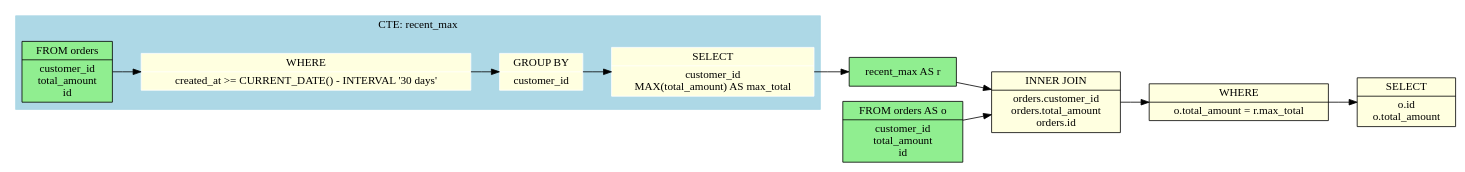
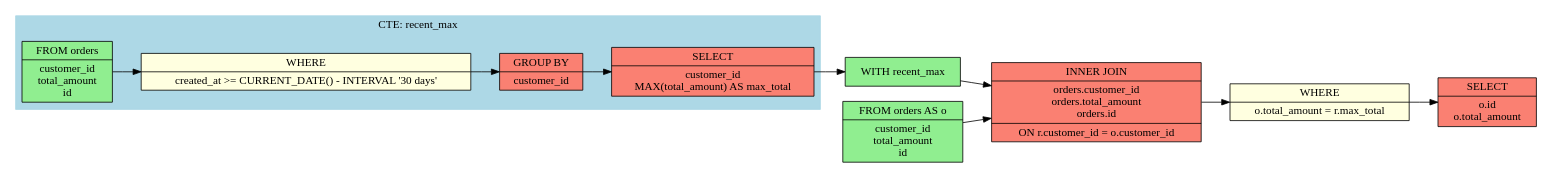
One commit to rot1024/sqloflow changed the diagram in examples/cte_with_join.dot. Above: the diagram before and after it, drawn with Graphviz. The commit also changed 76 other files, not shown here.

Commit message:
feat: improve expression format, join node, column names

```diff
--- a/examples/cte_with_join.dot
+++ b/examples/cte_with_join.dot
@@ -1,37 +1,36 @@
 digraph schema_flow {
   rankdir=LR;
   node [shape=record];
 
   // Source tables
   node_0 [label="FROM orders|customer_id\ntotal_amount\nid", style=filled, fillcolor=lightgreen];
   node_5 [label="FROM orders AS o|customer_id\ntotal_amount\nid", style=filled, fillcolor=lightgreen];
 
-  node_6 [label="recent_max AS r", style=filled, fillcolor=lightgreen];
+  node_6 [label="WITH recent_max", style=filled, fillcolor=lightgreen];
   // Operations
 
   subgraph cluster_node_4 {
     label="CTE: recent_max";
     style=filled;
     color=lightblue;
-    node [style=filled,color=white];
-    node_3 [label="SELECT|customer_id\nMAX(total_amount) AS max_total", style=filled, fillcolor=lightyellow];
-    node_2 [label="GROUP BY|customer_id", style=filled, fillcolor=lightyellow];
+    node_3 [label="SELECT|customer_id\nMAX(total_amount) AS max_total", style=filled, fillcolor=salmon];
+    node_2 [label="GROUP BY|customer_id", style=filled, fillcolor=salmon];
     node_1 [label="WHERE|created_at \>= CURRENT_DATE() - INTERVAL '30 days'", style=filled, fillcolor=lightyellow];
     node_0 [label="FROM orders|customer_id\ntotal_amount\nid", style=filled, fillcolor=lightgreen];
     node_0 -> node_1;
     node_1 -> node_2;
     node_2 -> node_3;
   }
   node_8 [label="WHERE|o.total_amount = r.max_total", style=filled, fillcolor=lightyellow];
-  node_9 [label="SELECT|o.id\no.total_amount", style=filled, fillcolor=lightyellow];
+  node_9 [label="SELECT|o.id\no.total_amount", style=filled, fillcolor=salmon];
 
   // Data flow edges
 
   // JOIN operations with table info
-  node_7 [label="INNER JOIN|orders.customer_id\norders.total_amount\norders.id", style=filled, fillcolor=lightyellow];
+  node_7 [label="INNER JOIN|orders.customer_id\norders.total_amount\norders.id|ON r.customer_id = o.customer_id", style=filled, fillcolor=salmon];
   node_5 -> node_7;
   node_6 -> node_7;
   node_3 -> node_6;
   node_7 -> node_8;
   node_8 -> node_9;
 }
```
